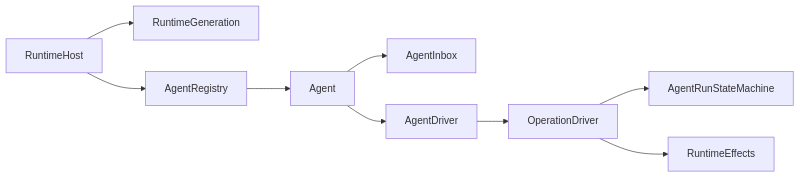
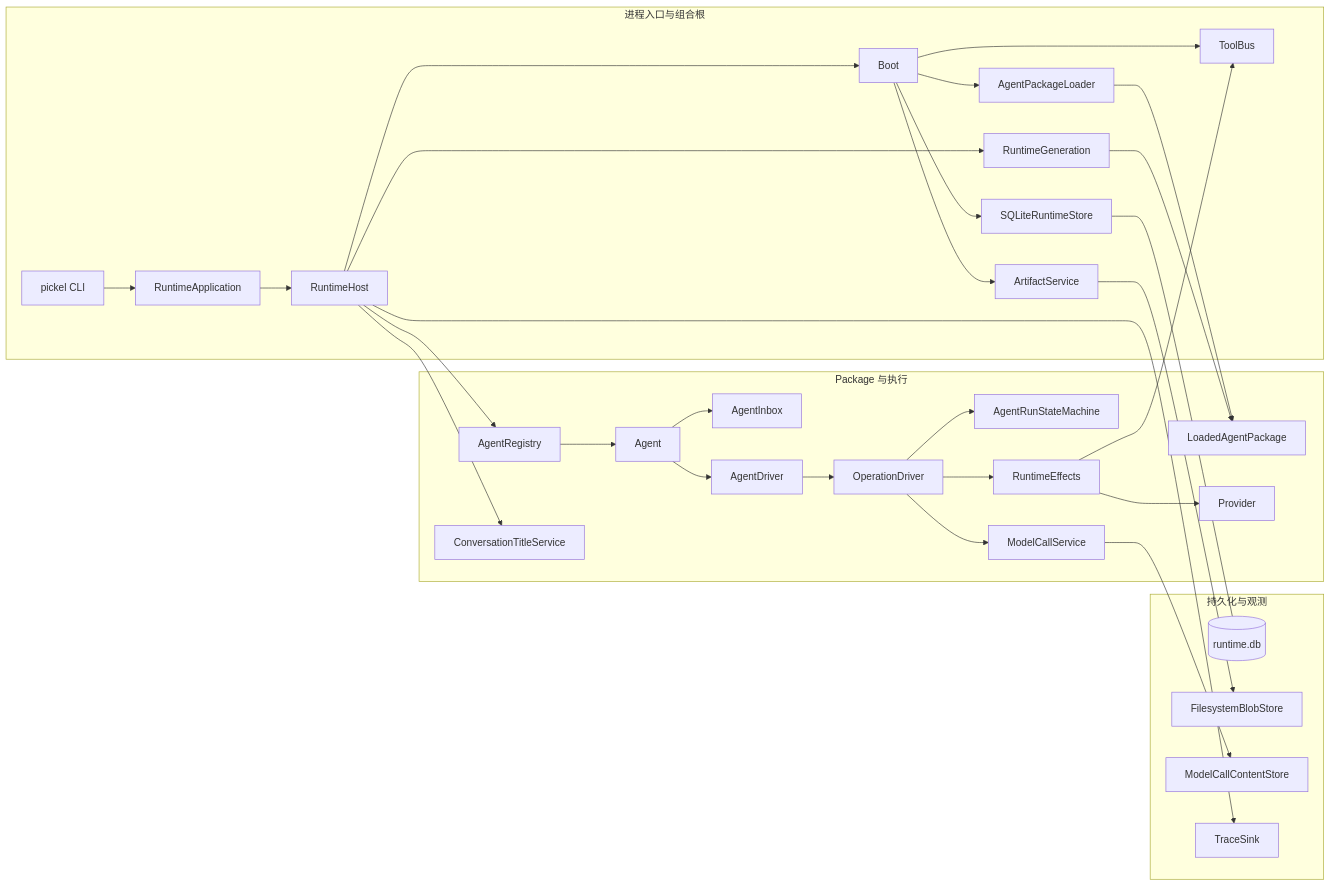
One commit to xiesunsun/MyOpenClaw changed the diagram in docs/upgrade/2026-08-10-agent-runtime-naming.md. Above: the diagram before and after it, drawn with Mermaid. The commit also changed other lines of this file and 5 other files, not shown here.

First line of the commit message:
docs: 运行时拓扑图、排障手册补 runtime.db 与文档口径校准

````diff
--- a/docs/upgrade/2026-08-10-agent-runtime-naming.md
+++ b/docs/upgrade/2026-08-10-agent-runtime-naming.md
@@ -76,11 +76,34 @@
 ```mermaid
 flowchart LR
-    H[RuntimeHost] --> G[RuntimeGeneration]
-    H --> R[AgentRegistry]
-    R --> A[Agent]
-    A --> I[AgentInbox]
-    A --> D[AgentDriver]
-    D --> O[OperationDriver]
-    O --> S[AgentRunStateMachine]
-    O --> E[RuntimeEffects]
+    subgraph entry["进程入口与组合根"]
+        CLI[pickel CLI] --> APP[RuntimeApplication]
+        APP --> H[RuntimeHost]
+        H --> B[Boot]
+        B --> BUS[ToolBus]
+        B --> ST[SQLiteRuntimeStore]
+        B --> ART[ArtifactService]
+        B --> LDR[AgentPackageLoader]
+        H --> GEN[RuntimeGeneration]
+    end
+    subgraph exec["Package 与执行"]
+        LDR --> LP[LoadedAgentPackage]
+        GEN --> LP
+        H --> R[AgentRegistry]
+        H --> T[ConversationTitleService]
+        R --> A[Agent]
+        A --> I[AgentInbox]
+        A --> D[AgentDriver]
+        D --> O[OperationDriver]
+        O --> S[AgentRunStateMachine]
+        O --> E[RuntimeEffects]
+        O --> MCS[ModelCallService]
+        E --> P[Provider]
+        E --> BUS
+    end
+    subgraph pers["持久化与观测"]
+        ST --- DB[(runtime.db)]
+        ART --> FB[FilesystemBlobStore]
+        MCS --> CC[ModelCallContentStore]
+        H --> TS[TraceSink]
+    end
 ```
````
